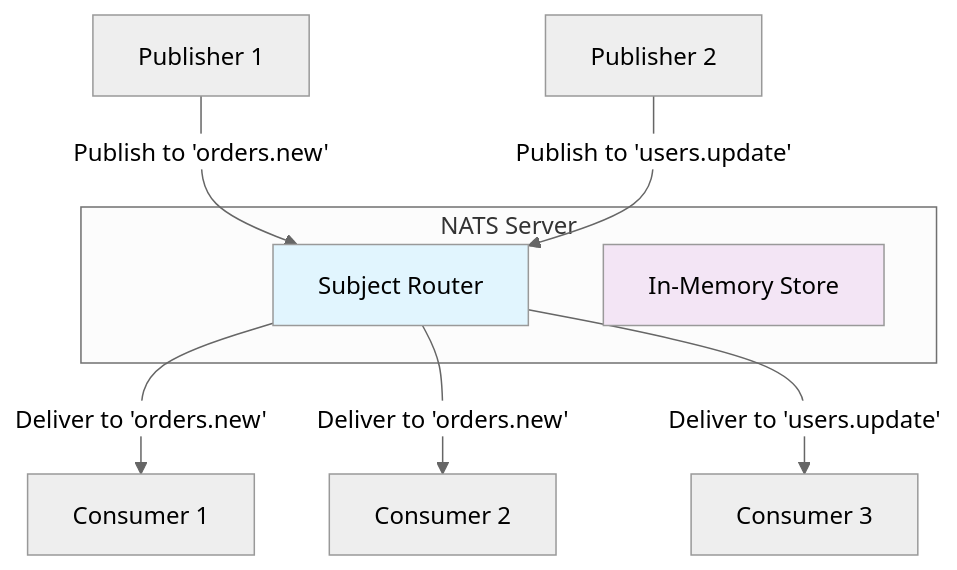
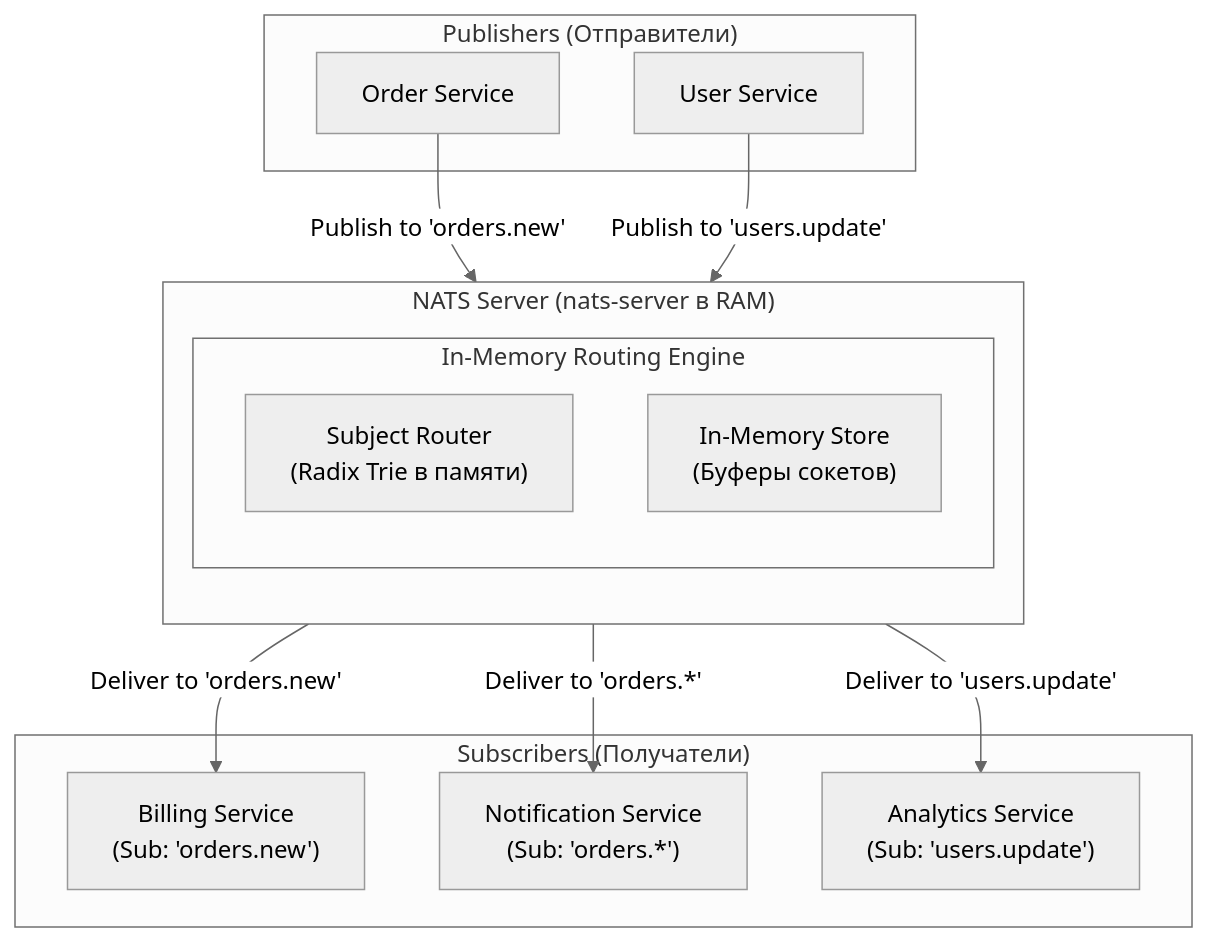
One commit to UnrealTemplier/go-textbook changed the first of 3 diagrams in sources/13. Очереди, брокеры сообщений и оркестраторы/04. NATS/1. NATS. Легковесный брокер.md. Above: the diagram before and after it, drawn with Mermaid (neutral theme). The commit also changed other lines of this file, not shown here.

Commit message:
feat(module-13): editorial rewrite of lecture 1 in Subsection 4 (NATS) in Kernighan style

````diff
--- a/sources/13. Очереди, брокеры сообщений и оркестраторы/04. NATS/1. NATS. Легковесный брокер.md
+++ b/sources/13. Очереди, брокеры сообщений и оркестраторы/04. NATS/1. NATS. Легковесный брокер.md
@@ -12,16 +35,27 @@
 ```mermaid
-graph TD
-    subgraph "NATS Server"
-        S[Subject Router]
-        P["In-Memory Store"]
+flowchart TD
+    subgraph ClientsPub["Publishers (Отправители)"]
+        P1["Order Service"]
+        P2["User Service"]
     end
-    
-    P1["Publisher 1"] -->|"Publish to 'orders.new'"| S
-    P2["Publisher 2"] -->|"Publish to 'users.update'"| S
-    S -->|"Deliver to 'orders.new'"| C1["Consumer 1"]
-    S -->|"Deliver to 'orders.new'"| C2["Consumer 2"]
-    S -->|"Deliver to 'users.update'"| C3["Consumer 3"]
-    
-    style S fill:#e1f5fe
-    style P fill:#f3e5f5
+
+    subgraph NATSServer["NATS Server (nats-server в RAM)"]
+        direction TB
+        subgraph Engine["In-Memory Routing Engine"]
+            S["Subject Router<br>(Radix Trie в памяти)"]
+            P["In-Memory Store<br>(Буферы сокетов)"]
+        end
+    end
+
+    subgraph ClientsSub["Subscribers (Получатели)"]
+        C1["Billing Service<br>(Sub: 'orders.new')"]
+        C2["Notification Service<br>(Sub: 'orders.*')"]
+        C3["Analytics Service<br>(Sub: 'users.update')"]
+    end
+
+    P1 -->|"Publish to 'orders.new'"| S
+    P2 -->|"Publish to 'users.update'"| S
+    S -->|"Deliver to 'orders.new'"| C1
+    S -->|"Deliver to 'orders.*'"| C2
+    S -->|"Deliver to 'users.update'"| C3
 ```
````
